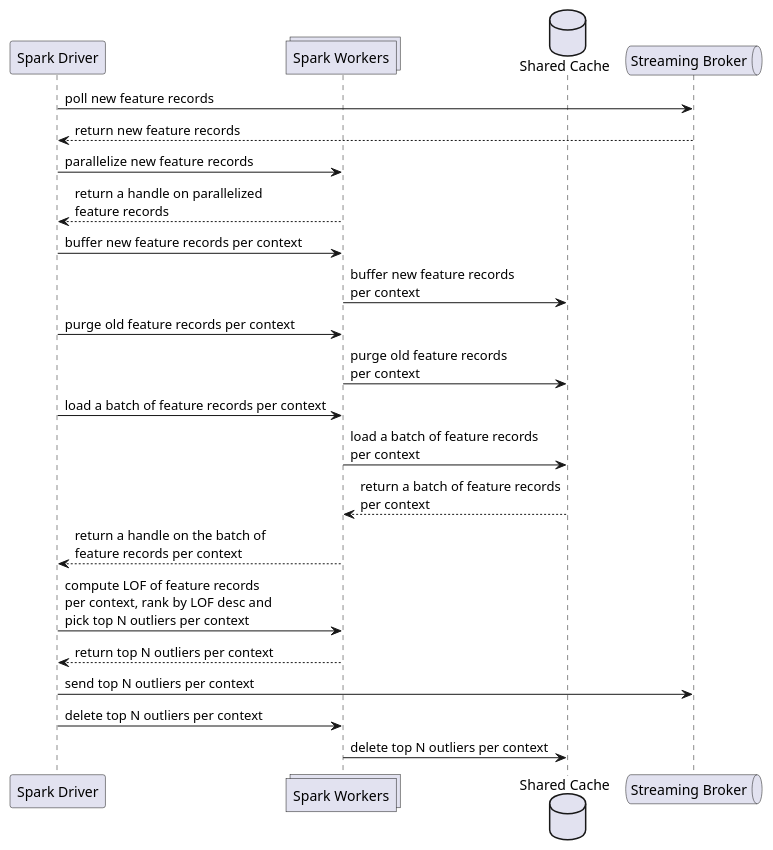
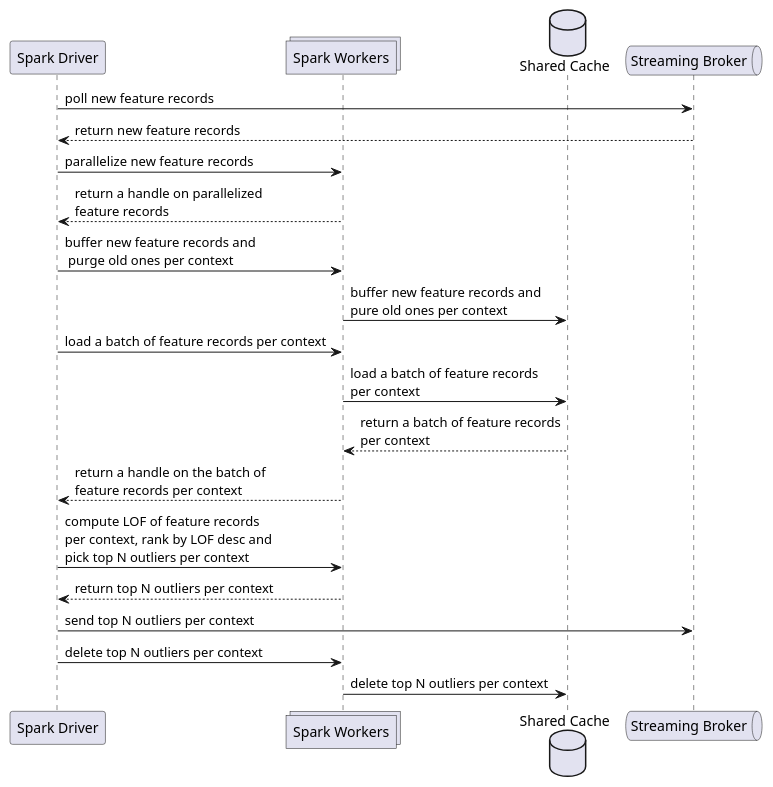
Before and after one commit to oiraqi/immunizer-analyze: the diagram in design/sequence-diagram.wsd, drawn with PlantUML. The commit also changed 1 other file, not shown here.

```diff
--- a/design/sequence-diagram.wsd
+++ b/design/sequence-diagram.wsd
@@ -1,23 +1,21 @@
 @startuml SequenceDiagram
 participant "Spark Driver" as Master
 collections "Spark Workers" as Workers
 database "Shared Cache" as Cache
 queue "Streaming Broker" as Broker
 Master -> Broker : poll new feature records
 Broker --> Master : return new feature records
 Master -> Workers : parallelize new feature records
 Workers --> Master : return a handle on parallelized\nfeature records
-Master -> Workers : buffer new feature records per context
-Workers -> Cache : buffer new feature records\nper context
-Master -> Workers : purge old feature records per context
-Workers -> Cache : purge old feature records\nper context
+Master -> Workers : buffer new feature records and\n purge old ones per context
+Workers -> Cache : buffer new feature records and\npure old ones per context
 Master -> Workers : load a batch of feature records per context
 Workers -> Cache : load a batch of feature records\nper context
 Cache --> Workers : return a batch of feature records\nper context
 Workers --> Master : return a handle on the batch of\nfeature records per context
 Master -> Workers : compute LOF of feature records\nper context, rank by LOF desc and\npick top N outliers per context
 Workers --> Master : return top N outliers per context
 Master -> Broker : send top N outliers per context
 Master -> Workers : delete top N outliers per context
 Workers -> Cache : delete top N outliers per context
 @enduml
```
